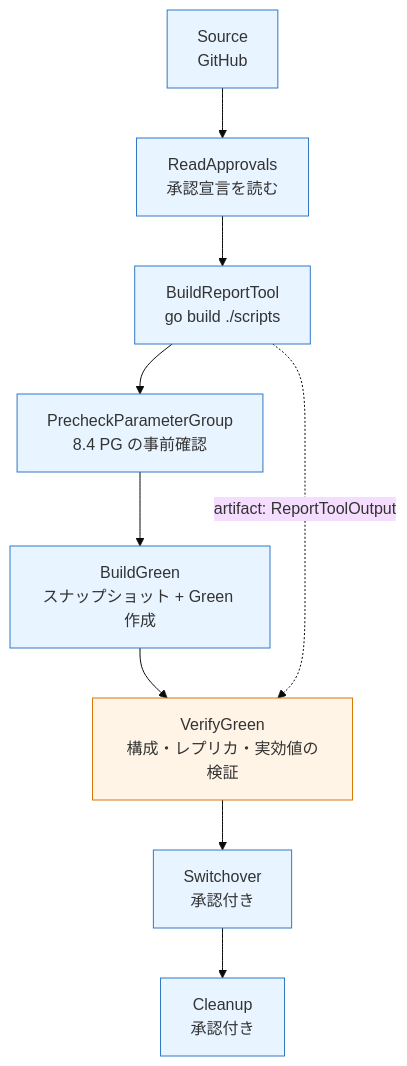
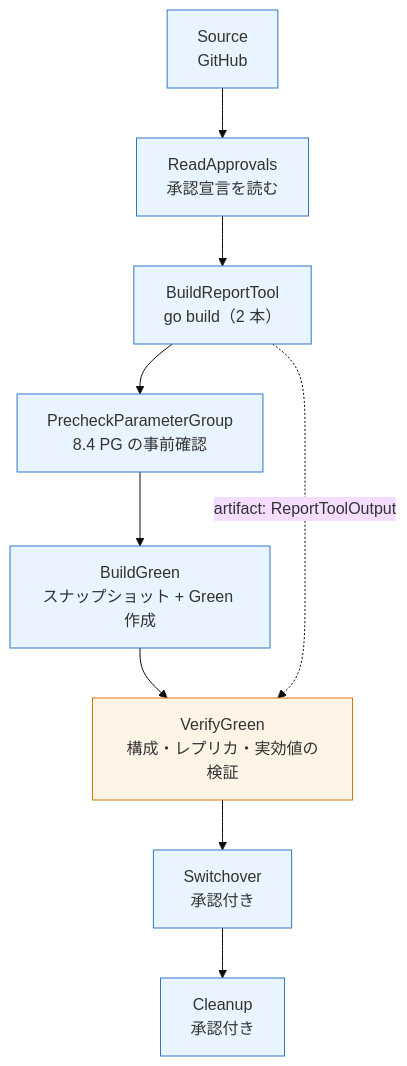
The second of 7 diagrams in docs/rds_mysql_upgrade/ci/verify-green-vpc-architecture.md (rxsxkxd/pk), drawn with Mermaid (base theme) before and after one commit. The commit also changed other lines of this file and 21 other files, not shown here.

````diff
--- a/docs/rds_mysql_upgrade/ci/verify-green-vpc-architecture.md
+++ b/docs/rds_mysql_upgrade/ci/verify-green-vpc-architecture.md
@@ -38,17 +38,17 @@
 ```mermaid
 flowchart TD
     S["Source<br/>GitHub"] --> RA["ReadApprovals<br/>承認宣言を読む"]
-    RA --> BRT["BuildReportTool<br/>go build ./scripts"]
+    RA --> BRT["BuildReportTool<br/>go build（2 本）"]
     BRT --> PC["PrecheckParameterGroup<br/>8.4 PG の事前確認"]
     PC --> BG["BuildGreen<br/>スナップショット + Green 作成"]
     BG --> VG["VerifyGreen<br/>構成・レプリカ・実効値の検証"]
     VG --> SW["Switchover<br/>承認付き"]
     SW --> CU["Cleanup<br/>承認付き"]
 
     BRT -.->|"artifact: ReportToolOutput"| VG
 
     classDef outside fill:#e8f4ff,stroke:#3178c6
     classDef inside fill:#fff4e6,stroke:#d97706
     class S,RA,BRT,PC,BG,SW,CU outside
     class VG inside
 ```
````
